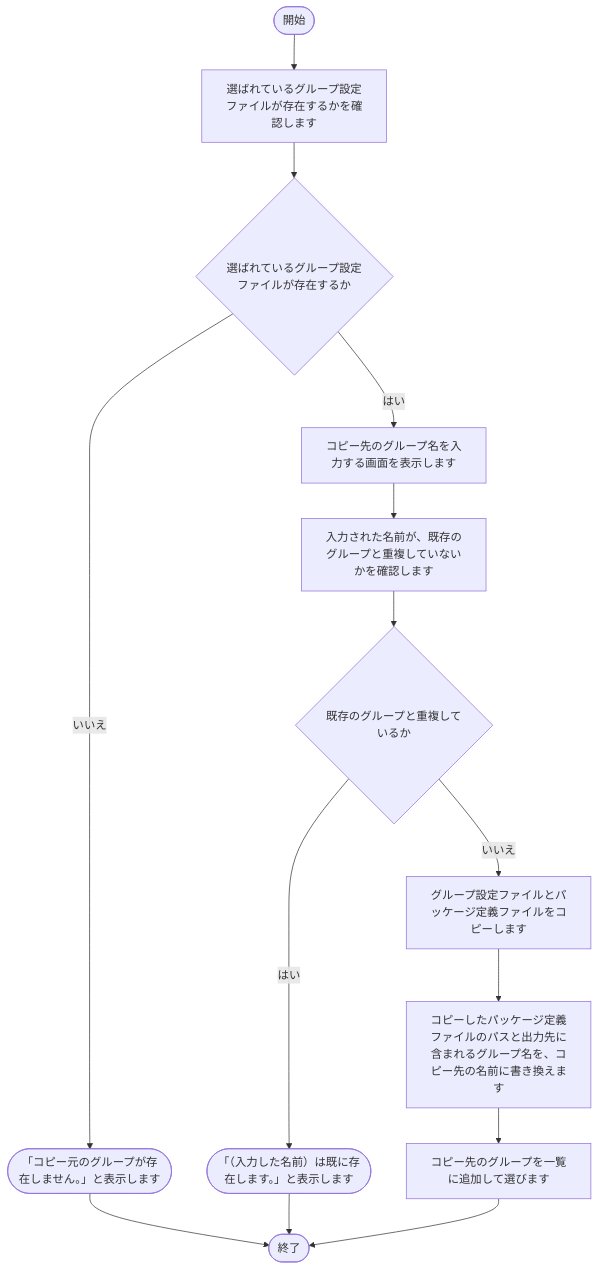
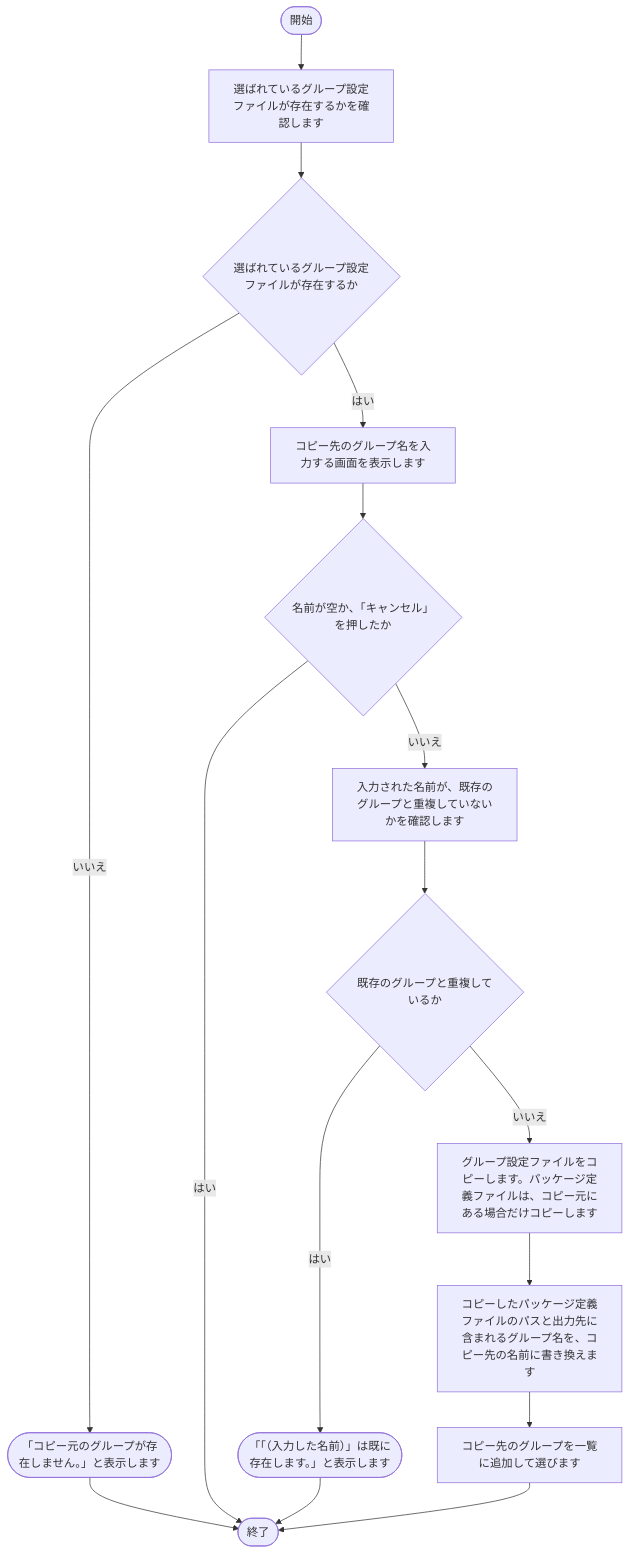
The eighth of 13 diagrams in tool/package-generator/doc/02_設計/処理フロー.md (nishida2073/project_management), drawn with Mermaid before and after one commit. The commit also changed other lines of this file and 4 other files, not shown here.

````diff
--- a/tool/package-generator/doc/02_設計/処理フロー.md
+++ b/tool/package-generator/doc/02_設計/処理フロー.md
@@ -247,28 +261,31 @@
 ```mermaid
 flowchart TD
     S(["開始"])
     E(["終了"])
     N1["選ばれているグループ設定ファイルが存在するかを確認します"]
     S --> N1
     N1D{"選ばれているグループ設定ファイルが存在するか"}
     N1 --> N1D
     X1(["「コピー元のグループが存在しません。」と表示します"])
     N1D -- いいえ --> X1
     X1 --> E
     N2["コピー先のグループ名を入力する画面を表示します"]
     N1D -- はい --> N2
+    N2C{"名前が空か、「キャンセル」を押したか"}
+    N2 --> N2C
+    N2C -- はい --> E
     N3["入力された名前が、既存のグループと重複していないかを確認します"]
-    N2 --> N3
+    N2C -- いいえ --> N3
     N6{"既存のグループと重複しているか"}
     N3 --> N6
-    X6(["「（入力した名前）は既に存在します。」と表示します"])
+    X6(["「「（入力した名前）」は既に存在します。」と表示します"])
     N6 -- はい --> X6
     X6 --> E
-    N4["グループ設定ファイルとパッケージ定義ファイルをコピーします"]
+    N4["グループ設定ファイルをコピーします。パッケージ定義ファイルは、コピー元にある場合だけコピーします"]
     N6 -- いいえ --> N4
     N4R["コピーしたパッケージ定義ファイルのパスと出力先に含まれるグループ名を、コピー先の名前に書き換えます"]
     N4 --> N4R
     N5["コピー先のグループを一覧に追加して選びます"]
     N4R --> N5
     N5 --> E
 ```
````
